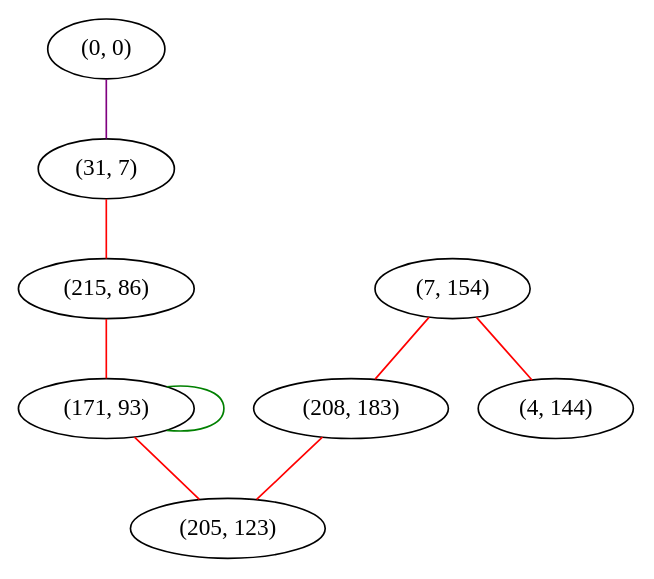
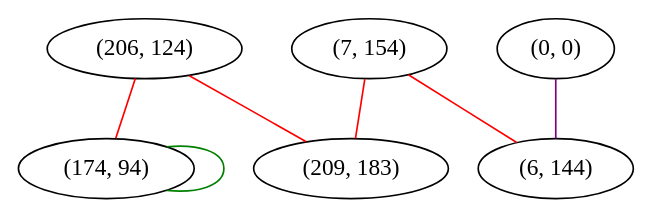
One commit to FelixMcFelix/sip-for-cv-paper changed the diagram in graphviz/hwrt/r-5/train/1723.gv. Above: the diagram before and after it, drawn with Graphviz. The commit also changed 22572 other files, not shown here.

Commit message:
Report changes, more graphs

```diff
--- a/graphviz/hwrt/r-5/train/1723.gv
+++ b/graphviz/hwrt/r-5/train/1723.gv
@@ -1,18 +1,14 @@
 graph "" {
+"(206, 124)";
 "(0, 0)";
-"(31, 7)";
 "(7, 154)";
-"(215, 86)";
-"(208, 183)";
-"(171, 93)";
-"(205, 123)";
-"(4, 144)";
-"(0, 0)" -- "(31, 7)"  [color=purple, key=0, weight=4];
-"(31, 7)" -- "(215, 86)"  [color=red, key=0, weight=1];
-"(7, 154)" -- "(208, 183)"  [color=red, key=0, weight=1];
-"(7, 154)" -- "(4, 144)"  [color=red, key=0, weight=1];
-"(215, 86)" -- "(171, 93)"  [color=red, key=0, weight=1];
-"(208, 183)" -- "(205, 123)"  [color=red, key=0, weight=1];
-"(171, 93)" -- "(171, 93)"  [color=green, key=0, weight=2];
-"(171, 93)" -- "(205, 123)"  [color=red, key=0, weight=1];
+"(174, 94)";
+"(209, 183)";
+"(6, 144)";
+"(206, 124)" -- "(174, 94)"  [color=red, key=0, weight=1];
+"(206, 124)" -- "(209, 183)"  [color=red, key=0, weight=1];
+"(0, 0)" -- "(6, 144)"  [color=purple, key=0, weight=4];
+"(7, 154)" -- "(6, 144)"  [color=red, key=0, weight=1];
+"(7, 154)" -- "(209, 183)"  [color=red, key=0, weight=1];
+"(174, 94)" -- "(174, 94)"  [color=green, key=0, weight=2];
 }
```
